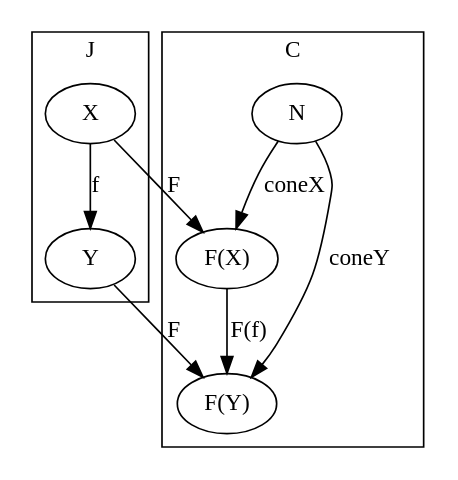
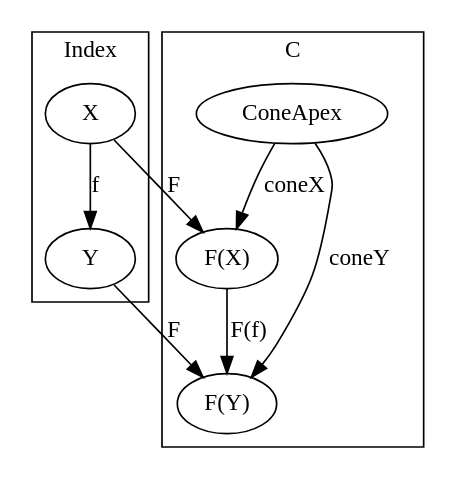
The second of 4 diagrams in cone.md (frankymacster/category-theory-graphviz), drawn with Graphviz before and after one commit. The commit also changed other lines of this file, not shown here.

Commit message:
cone: rename

````diff
--- a/cone.md
+++ b/cone.md
@@ -22,27 +22,27 @@
 ```graphviz
 digraph G {
   subgraph clusterJ {
-    label="J"
+    label="Index"
 
     "X"
     "Y"
   }
 
   subgraph clusterC {
     label="C"
 
-    "N"
+    "ConeApex"
     "F(X)"
     "F(Y)"
   }
 
   "X" -> "Y" [label="f"]
 
   "X" -> "F(X)" [label="F"]
   "Y" -> "F(Y)" [label="F"]
   "F(X)" -> "F(Y)" [label="F(f)"]
 
-  "N" -> "F(X)" [label="coneX"]
-  "N" -> "F(Y)" [label="coneY"]
+  "ConeApex" -> "F(X)" [label="coneX"]
+  "ConeApex" -> "F(Y)" [label="coneY"]
 }
 ```
````
